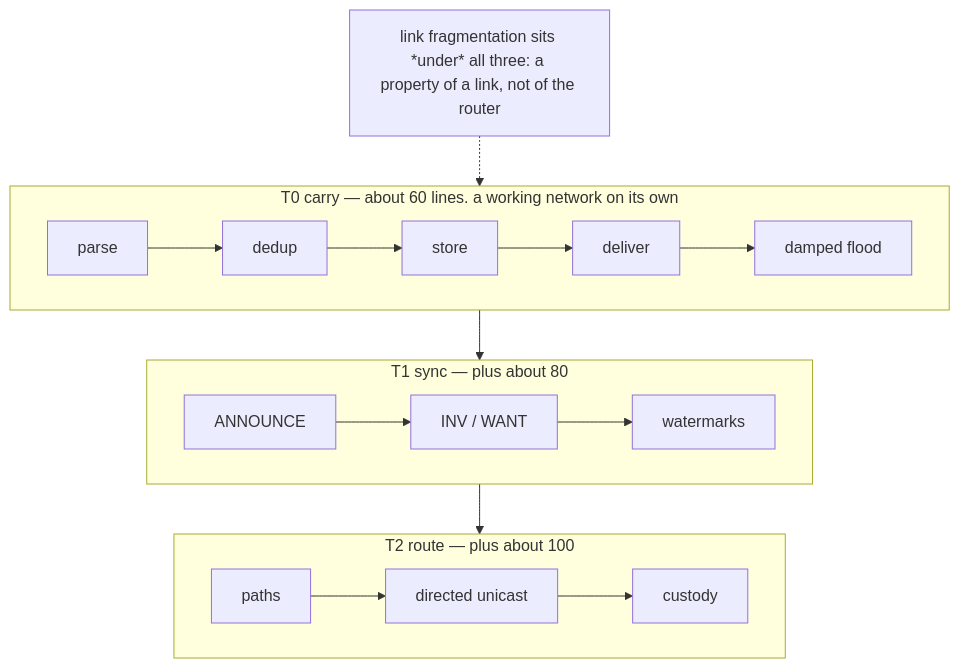
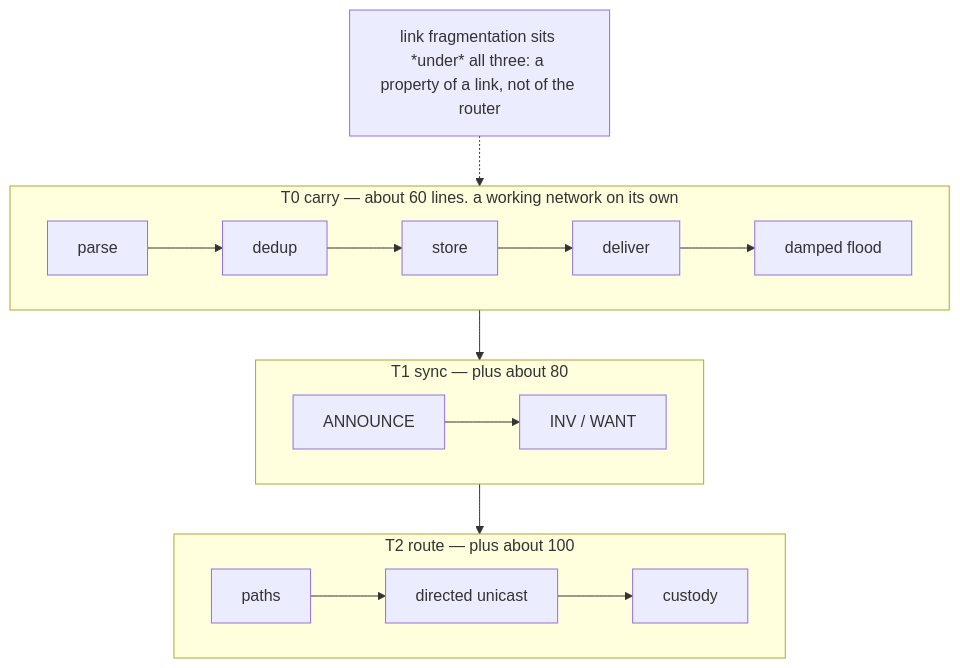
One commit to sloev/spore changed the first of 13 diagrams in docs/SPEC.md. Above: the diagram before and after it, drawn with Mermaid. The commit also changed other lines of this file and 6 other files, not shown here.

````diff
--- a/docs/SPEC.md
+++ b/docs/SPEC.md
@@ -39,15 +39,15 @@
 ```mermaid
 flowchart TB
   subgraph T0["T0 carry — about 60 lines. a working network on its own"]
     A["parse"] --> B["dedup"] --> C["store"] --> D["deliver"] --> E["damped flood"]
   end
   subgraph T1["T1 sync — plus about 80"]
-    F["ANNOUNCE"] --> G["INV / WANT"] --> H["watermarks"]
+    F["ANNOUNCE"] --> G["INV / WANT"]
   end
   subgraph T2["T2 route — plus about 100"]
     I["paths"] --> J["directed unicast"] --> K["custody"]
   end
   T0 --> T1 --> T2
   LF["link fragmentation sits *under* all three: a property of a link, not of the router"]
   LF -.-> T0
 ```
````
